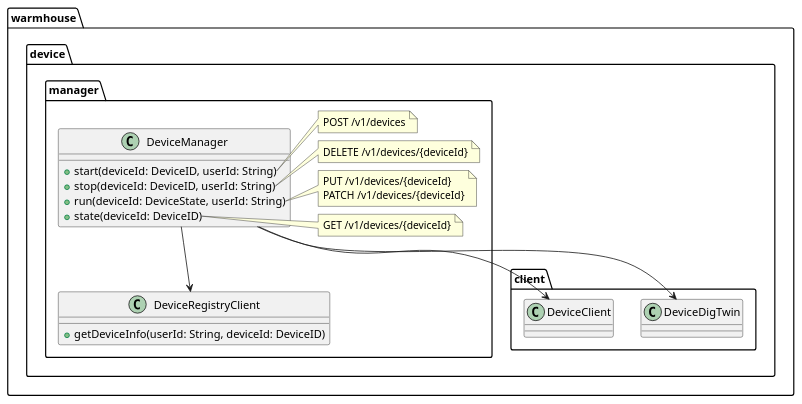
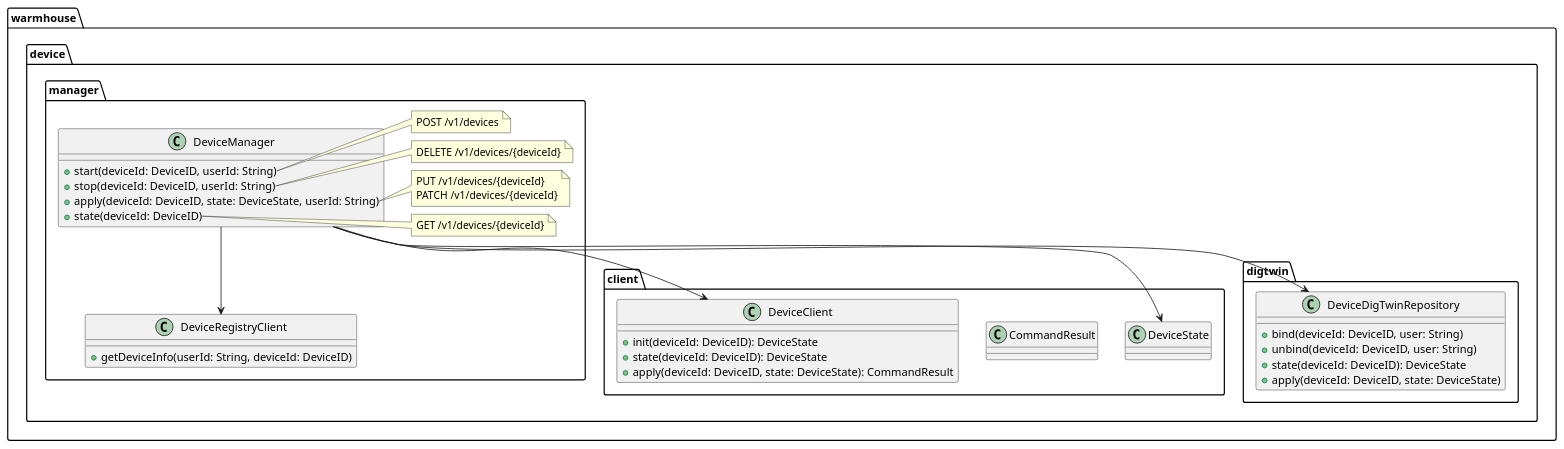
One commit to bitgorbovsky/yp-architecture-pro-warmhouse changed the diagram in schemas/services/devices-controller/code-device-manager.puml. Above: the diagram before and after it, drawn with PlantUML. The commit also changed 13 other files, not shown here.

```diff
--- a/schemas/services/devices-controller/code-device-manager.puml
+++ b/schemas/services/devices-controller/code-device-manager.puml
@@ -1,42 +1,58 @@
 @startuml
 
 package warmhouse.device.manager {
     class DeviceManager {
         + start(deviceId: DeviceID, userId: String)
         + stop(deviceId: DeviceID, userId: String)
-        + run(deviceId: DeviceState, userId: String)
+        + apply(deviceId: DeviceID, state: DeviceState, userId: String)
         + state(deviceId: DeviceID)
     }
 
     class DeviceRegistryClient {
         + getDeviceInfo(userId: String, deviceId: DeviceID)
     }
 
     note right of DeviceManager::start
     POST /v1/devices
     end note
 
     note right of DeviceManager::stop
     DELETE /v1/devices/{deviceId}
     end note
 
-    note right of DeviceManager::run
+    note right of DeviceManager::apply
     PUT /v1/devices/{deviceId}
     PATCH /v1/devices/{deviceId}
     end note
 
     note right of DeviceManager::state
     GET /v1/devices/{deviceId}
     end note
 }
 
 package warmhouse.device.client {
-    class DeviceDigTwin
-    class DeviceClient
+    class DeviceState
+    class CommandResult
+
+    class DeviceClient {
+        + init(deviceId: DeviceID): DeviceState
+        + state(deviceId: DeviceID): DeviceState
+        + apply(deviceId: DeviceID, state: DeviceState): CommandResult
+    }
 }
 
-DeviceManager --> DeviceDigTwin
+package warmhouse.device.digtwin {
+    class DeviceDigTwinRepository {
+        + bind(deviceId: DeviceID, user: String)
+        + unbind(deviceId: DeviceID, user: String)
+        + state(deviceId: DeviceID): DeviceState
+        + apply(deviceId: DeviceID, state: DeviceState)
+    }
+}
+
+DeviceManager --> DeviceDigTwinRepository
 DeviceManager --> DeviceClient
 DeviceManager --> DeviceRegistryClient
+DeviceManager --> DeviceState
 
 @enduml
```
